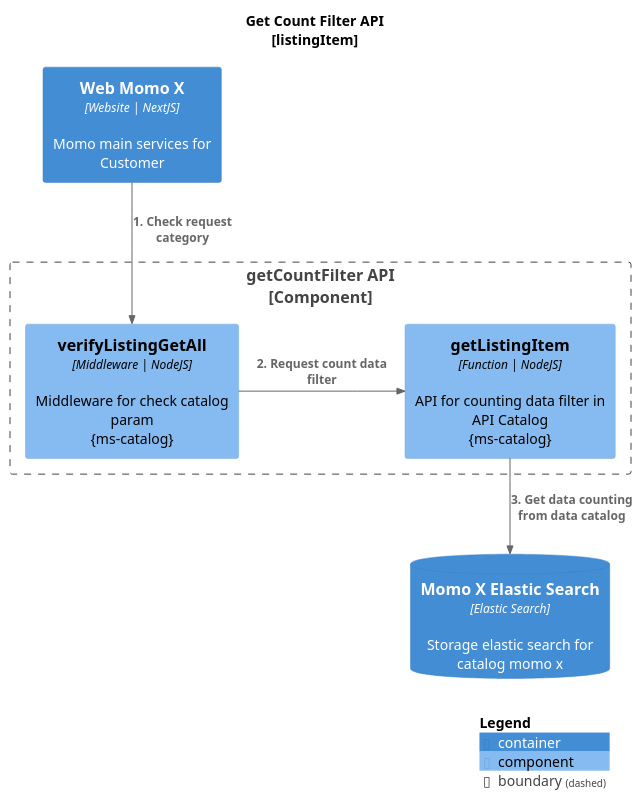
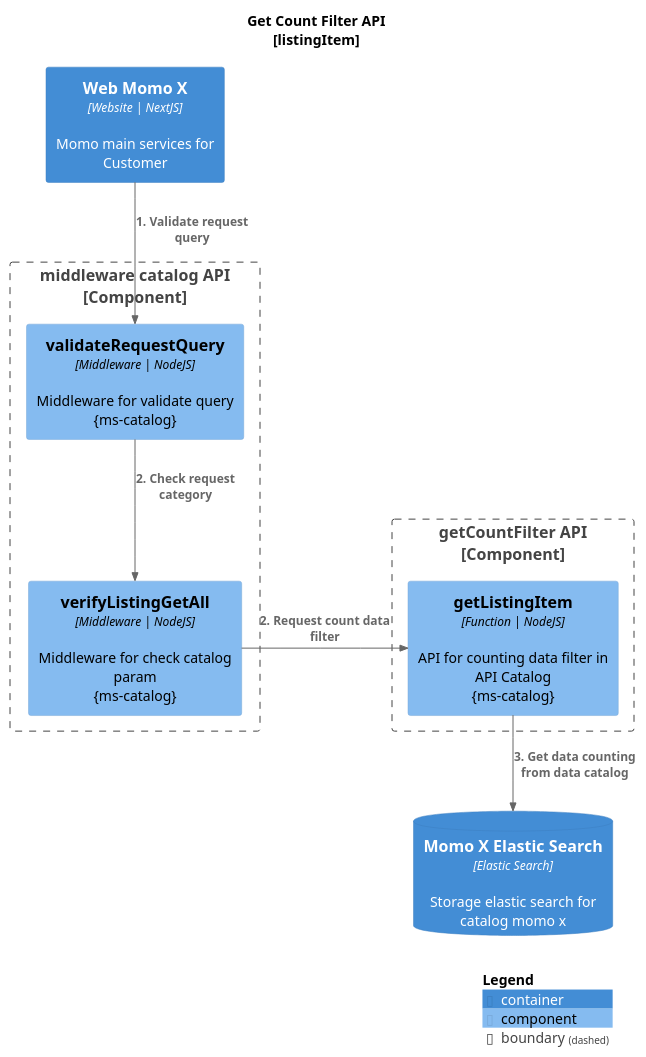
Before and after one commit to JoshAndreas/Project-C4-Diagram: the diagram in MomoX/ms-catalog/listingItem/getCountFilter.puml, drawn with PlantUML. The commit also changed 52 other files, not shown here.

Commit message:
New C4 Diagram File for Auto X

```diff
--- a/MomoX/ms-catalog/listingItem/getCountFilter.puml
+++ b/MomoX/ms-catalog/listingItem/getCountFilter.puml
@@ -1,25 +1,32 @@
 @startuml
 !include https://raw.githubusercontent.com/plantuml-stdlib/C4-PlantUML/master/C4_Component.puml
 
 
 LAYOUT_WITH_LEGEND()
 title Get Count Filter API\n[listingItem]
 
     Container(web_momo_x, "Web Momo X", "Website | NextJS", "Momo main services for Customer")
+
+    Boundary(middleware, "middleware catalog API\n[Component]"){
+
+        Component(validate_query, "validateRequestQuery", "Middleware | NodeJS", "Middleware for validate query\n{ms-catalog}")
+        Component(catalog_middleware, "verifyListingGetAll", "Middleware | NodeJS", "Middleware for check catalog param\n{ms-catalog}")
+
+    }
     
     Boundary(api, "getCountFilter API\n[Component]"){
 
-        Component(catalog_middleware, "verifyListingGetAll", "Middleware | NodeJS", "Middleware for check catalog param\n{ms-catalog}")
         Component(getListingItem, "getListingItem", "Function | NodeJS", "API for counting data filter in API Catalog\n{ms-catalog}")
 
     }
     ContainerDb(momo_x_elasticsearch, "Momo X Elastic Search", "Elastic Search", "Storage elastic search for catalog momo x")
 
 
-Rel_D(web_momo_x, catalog_middleware, "1. Check request category")
+Rel_D(web_momo_x, validate_query, "1. Validate request query")
+Rel_D(validate_query, catalog_middleware, "2. Check request category")
 Rel_R(catalog_middleware, getListingItem, "2. Request count data filter")
 Rel_D(getListingItem, momo_x_elasticsearch, "3. Get data counting from data catalog")
 
 
 SHOW_LEGEND()
 @enduml
```
